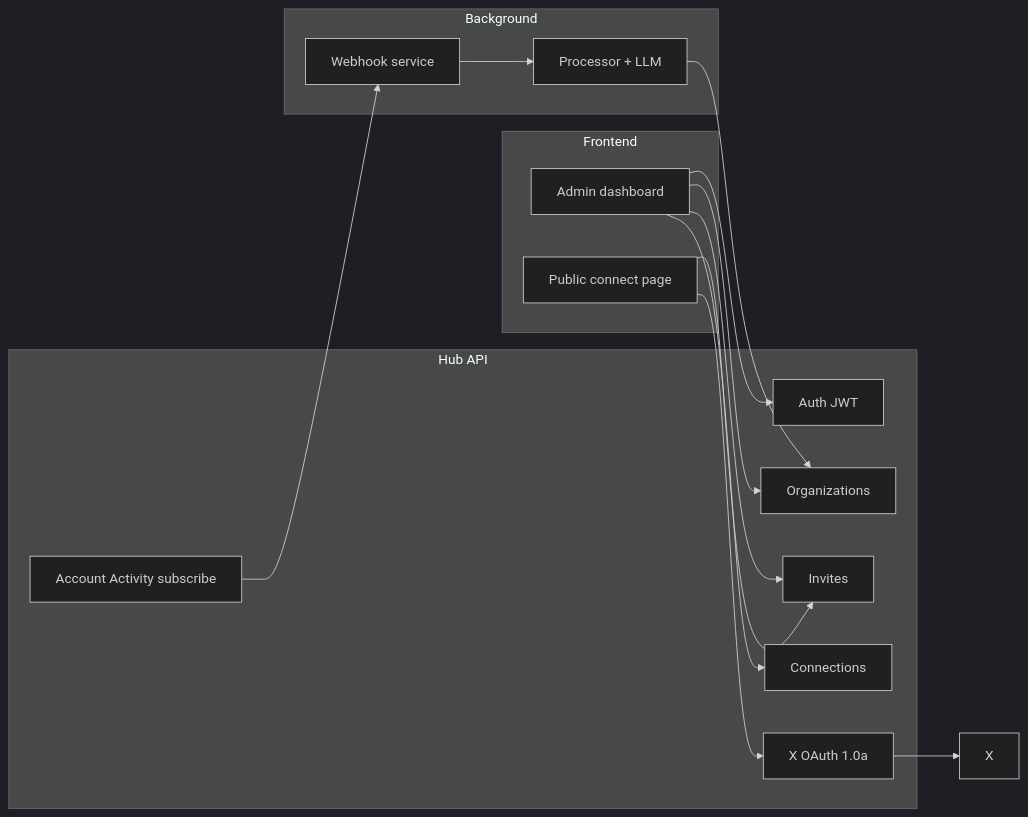
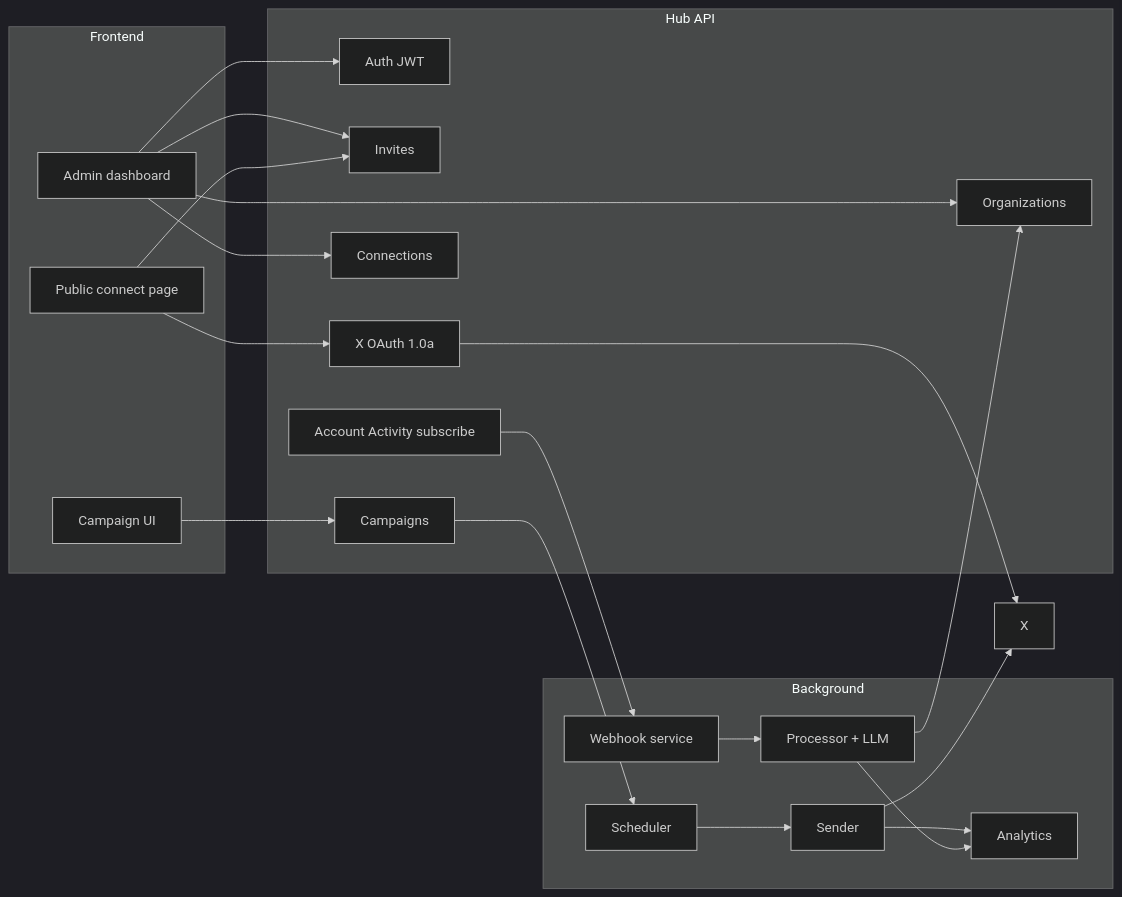
One commit to akhil-is-watching/x-executor-backend changed the first of 3 diagrams in docs/CREATE_AND_INTEGRATE_FRONTEND.md. Above: the diagram before and after it, drawn with Mermaid (dark theme). The commit also changed other lines of this file, not shown here.

First line of the commit message:
docs: add campaign DM frontend integration guide

````diff
--- a/docs/CREATE_AND_INTEGRATE_FRONTEND.md
+++ b/docs/CREATE_AND_INTEGRATE_FRONTEND.md
@@ -28,30 +29,41 @@
 ```mermaid
 flowchart LR
   subgraph frontend [Frontend]
     AdminUI[Admin dashboard]
     ConnectUI[Public connect page]
+    CampaignUI[Campaign UI]
   end
   subgraph hub [Hub API]
     Auth[Auth JWT]
     Orgs[Organizations]
     Invites[Invites]
     OAuth[X OAuth 1.0a]
     Connections[Connections]
+    Campaigns[Campaigns]
     Webhooks[Account Activity subscribe]
   end
   subgraph background [Background]
     WebhookSvc[Webhook service]
     Processor[Processor + LLM]
+    Scheduler[Scheduler]
+    Sender[Sender]
+    Analytics[Analytics]
   end
   X[X]
   AdminUI --> Auth
   AdminUI --> Orgs
   AdminUI --> Invites
   AdminUI --> Connections
+  CampaignUI --> Campaigns
   ConnectUI --> Invites
   ConnectUI --> OAuth
   OAuth --> X
+  Campaigns --> Scheduler
+  Scheduler --> Sender
+  Sender --> X
+  Sender --> Analytics
   Webhooks --> WebhookSvc
   WebhookSvc --> Processor
   Processor --> Orgs
+  Processor --> Analytics
 ```
````
